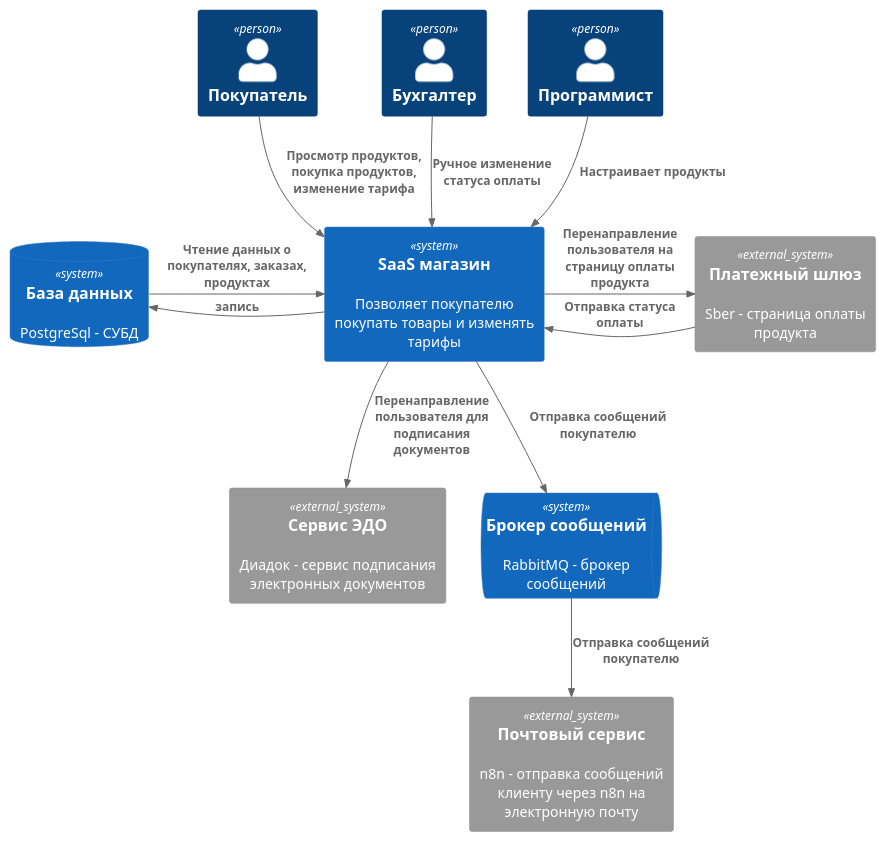
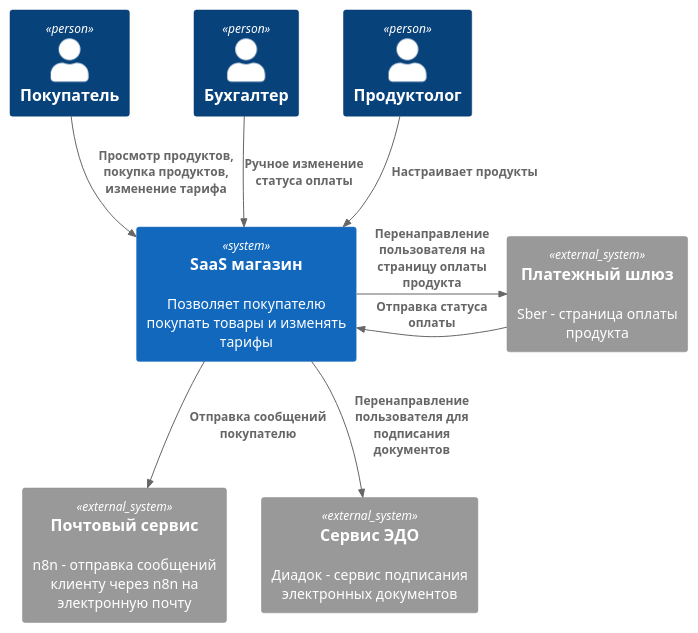
Before and after one commit to kelvionald/saas-shop: the diagram in docs/c4/1.context.puml, drawn with PlantUML.

Commit message:
контекст: убрал внутренние объекты

```diff
--- a/docs/c4/1.context.puml
+++ b/docs/c4/1.context.puml
@@ -1,30 +1,25 @@
 @startuml
 !include https://raw.githubusercontent.com/plantuml-stdlib/C4-PlantUML/master/C4_Context.puml
 
 AddElementTag("fallback", $bgColor="#444444")
 
 
 Person(user_customer, "Покупатель")
 Person(user_accountant, "Бухгалтер")
-Person(user_programmer, "Программист")
+Person(user_programmer, "Продуктолог")
 
 System(system_shop, "SaaS магазин", "Позволяет покупателю покупать товары и изменять тарифы")
 
 System_Ext(system_email, "Почтовый сервис", "n8n - отправка сообщений клиенту через n8n на электронную почту")
 System_Ext(system_bank, "Платежный шлюз", "Sber - страница оплаты продукта")
 System_Ext(system_docs, "Сервис ЭДО", "Диадок - сервис подписания электронных документов")
-SystemQueue(system_queue, "Брокер сообщений", "RabbitMQ - брокер сообщений")
-SystemDb(system_db, "База данных", "PostgreSql - СУБД")
 
-Rel_R(system_db, system_shop, "Чтение данных о покупателях, заказах, продуктах")
-Rel_R(system_shop, system_db, "запись")
 Rel(user_customer, system_shop, "Просмотр продуктов, покупка продуктов, изменение тарифа")
 Rel(user_accountant, system_shop, "Ручное изменение статуса оплаты")
 Rel(user_programmer, system_shop, "Настраивает продукты")
-Rel(system_shop, system_queue, "Отправка сообщений покупателю")
-Rel(system_queue, system_email, "Отправка сообщений покупателю")
+Rel(system_shop, system_email, "Отправка сообщений покупателю")
 Rel_R(system_shop, system_bank, "Перенаправление пользователя на страницу оплаты продукта")
 Rel_R(system_bank, system_shop, "Отправка статуса оплаты")
 Rel(system_shop, system_docs, "Перенаправление пользователя для подписания документов")
 
 @enduml
```
